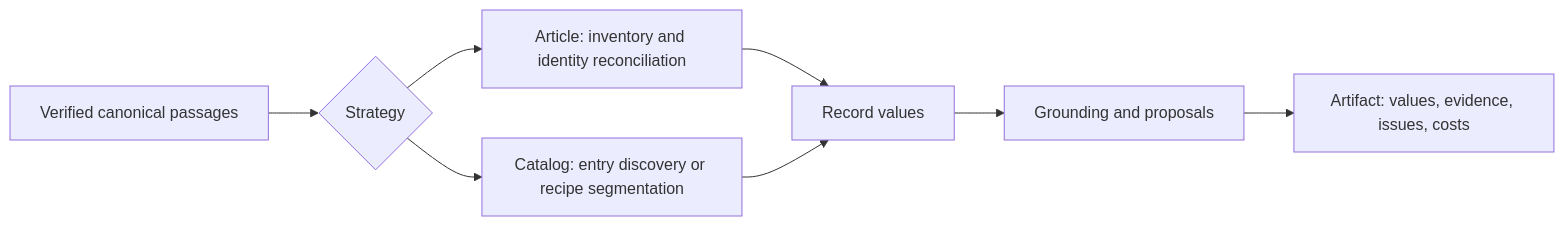
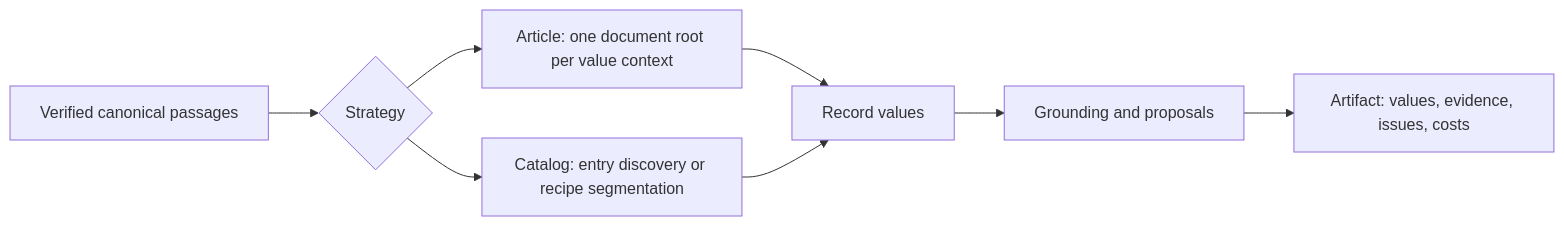
The diagram in apps/parsing_service/docs/extraction-experiments.md (HUM-CDCH/FREE), drawn with Mermaid before and after one commit. The commit also changed other lines of this file and 110 other files, not shown here.

````diff
--- a/apps/parsing_service/docs/extraction-experiments.md
+++ b/apps/parsing_service/docs/extraction-experiments.md
@@ -10,10 +10,10 @@
 ```mermaid
 flowchart LR
   C[Verified canonical passages] --> R{Strategy}
-  R --> A[Article: inventory and identity reconciliation]
+  R --> A[Article: one document root per value context]
   R --> G[Catalog: entry discovery or recipe segmentation]
   A --> V[Record values]
   G --> V
   V --> Q[Grounding and proposals]
   Q --> O[Artifact: values, evidence, issues, costs]
 ```
````
